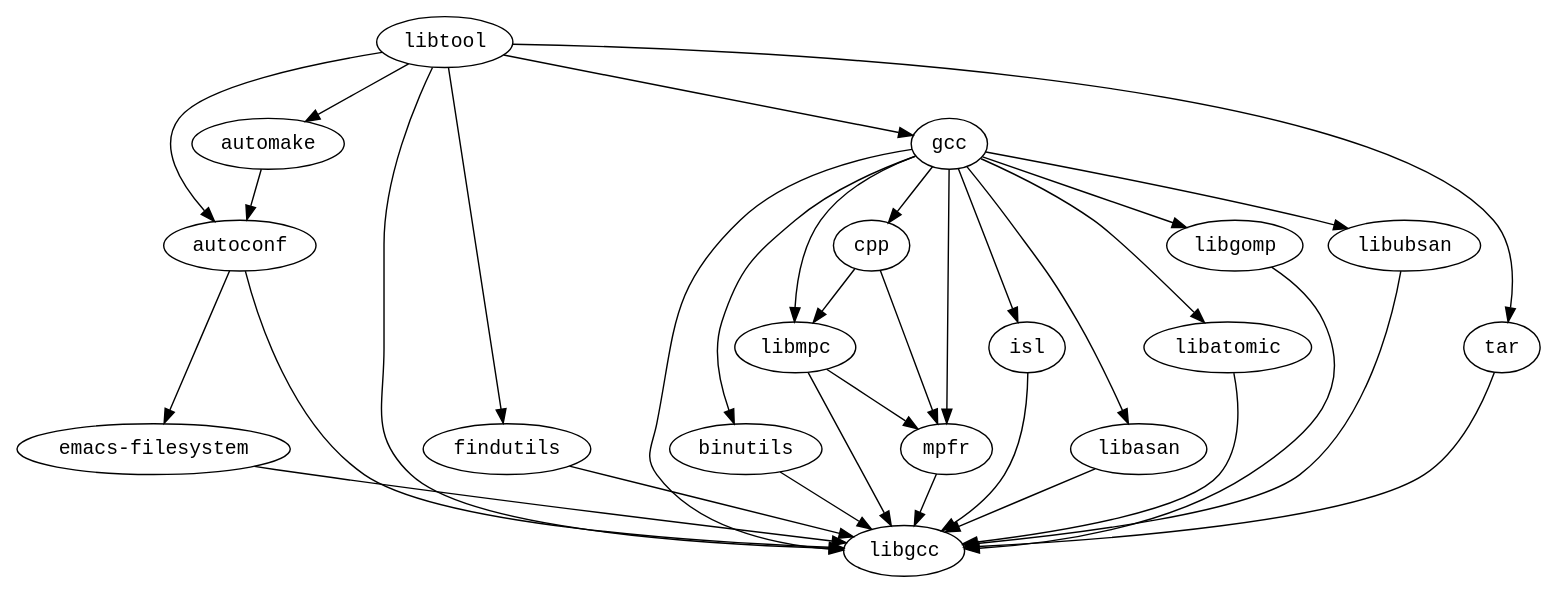
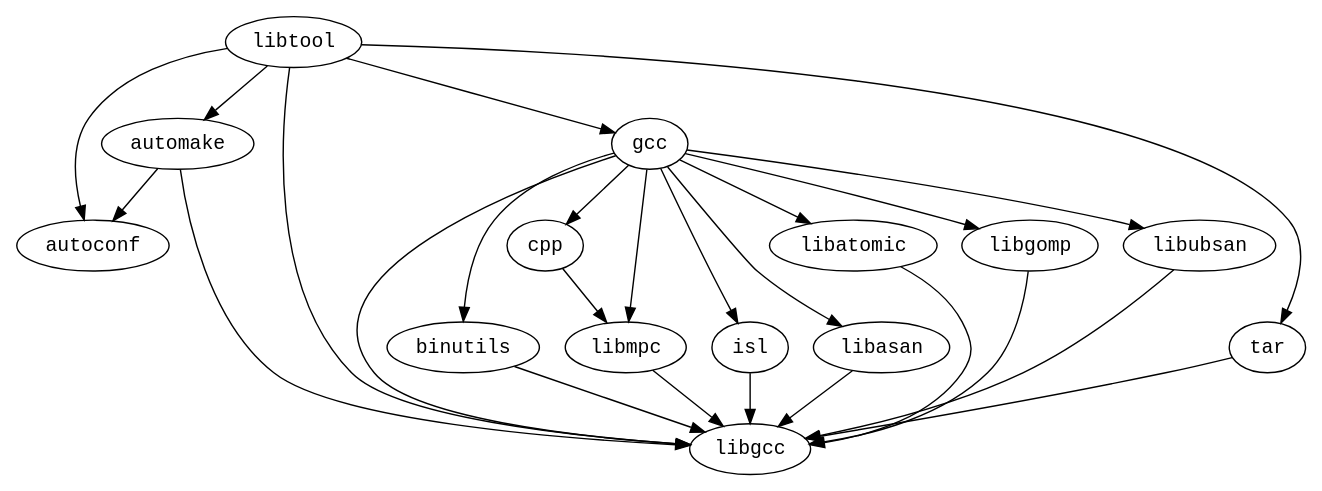
Before and after one commit to fedora-modularity/dependency-report: the diagram in modules/autotools/armv7hl/graph.dot, drawn with Graphviz. The commit also changed 570 other files, not shown here.

```diff
--- a/modules/autotools/armv7hl/graph.dot
+++ b/modules/autotools/armv7hl/graph.dot
@@ -1,36 +1,28 @@
 strict digraph G {
 node [fontname=monospace];
-  "autoconf" -> "emacs-filesystem";
-  "autoconf" -> "libgcc";
   "automake" -> "autoconf";
+  "automake" -> "libgcc";
   "binutils" -> "libgcc";
   "cpp" -> "libmpc";
-  "cpp" -> "mpfr";
-  "emacs-filesystem" -> "libgcc";
-  "findutils" -> "libgcc";
   "gcc" -> "binutils";
   "gcc" -> "cpp";
   "gcc" -> "isl";
   "gcc" -> "libasan";
   "gcc" -> "libatomic";
   "gcc" -> "libgcc";
   "gcc" -> "libgomp";
   "gcc" -> "libmpc";
   "gcc" -> "libubsan";
-  "gcc" -> "mpfr";
   "isl" -> "libgcc";
   "libasan" -> "libgcc";
   "libatomic" -> "libgcc";
   "libgomp" -> "libgcc";
   "libmpc" -> "libgcc";
-  "libmpc" -> "mpfr";
   "libtool" -> "autoconf";
   "libtool" -> "automake";
-  "libtool" -> "findutils";
   "libtool" -> "gcc";
   "libtool" -> "libgcc";
   "libtool" -> "tar";
   "libubsan" -> "libgcc";
-  "mpfr" -> "libgcc";
   "tar" -> "libgcc";
 }
```
